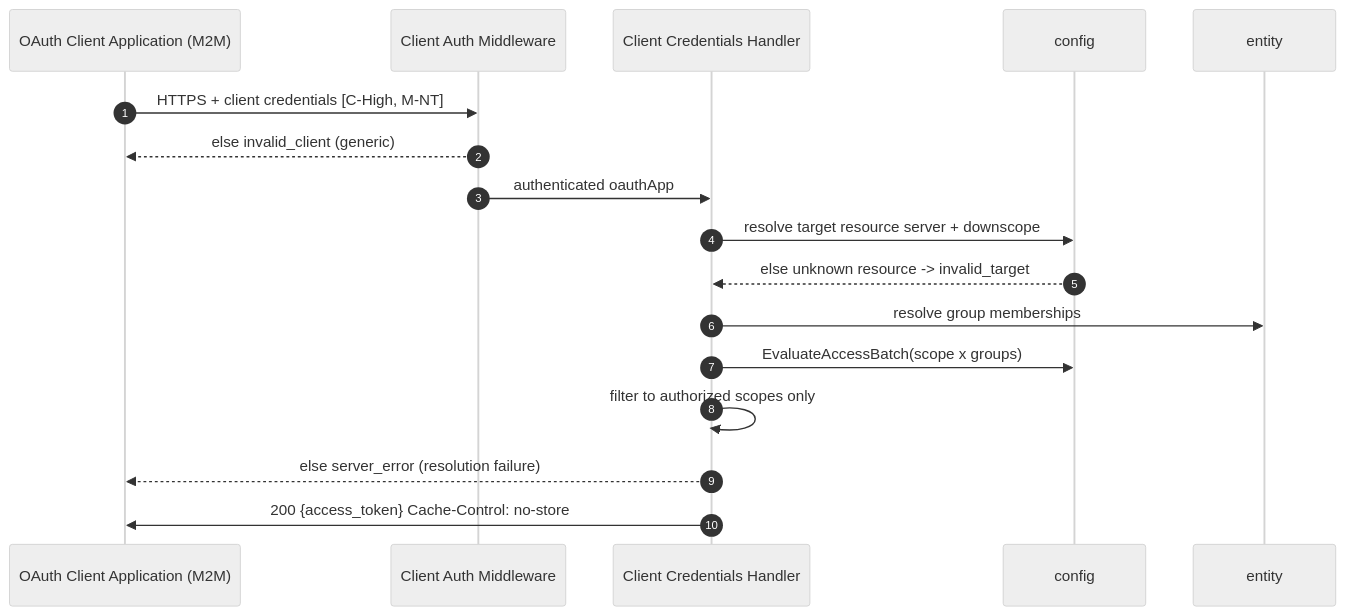
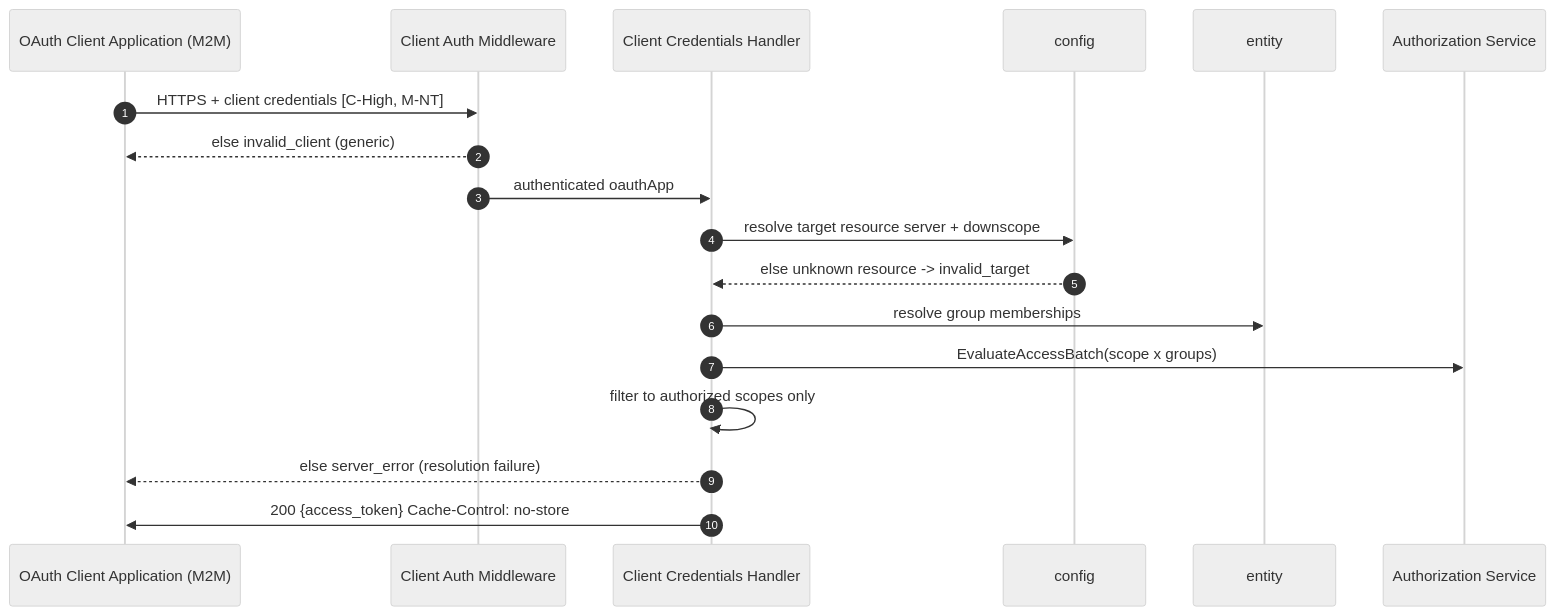
One commit to thiva-k/thunder changed the fourth of 5 diagrams in docs-internals/oauth/authorization-and-core-grants.md. Above: the diagram before and after it, drawn with Mermaid (neutral theme). The commit also changed other lines of this file, not shown here.

````diff
--- a/docs-internals/oauth/authorization-and-core-grants.md
+++ b/docs-internals/oauth/authorization-and-core-grants.md
@@ -305,20 +305,21 @@
 ```mermaid
 sequenceDiagram
   autonumber
   participant APP as OAuth Client Application (M2M)
   participant CLIAUTH as Client Auth Middleware
   participant CCGH as Client Credentials Handler
   participant CONFIGDB as config
   participant ENTITYDB as entity
+  participant AUTHZSVC as Authorization Service
 
   APP->>CLIAUTH: HTTPS + client credentials [C-High, M-NT]
   CLIAUTH-->>APP: else invalid_client (generic)
   CLIAUTH->>CCGH: authenticated oauthApp
   CCGH->>CONFIGDB: resolve target resource server + downscope
   CONFIGDB-->>CCGH: else unknown resource -> invalid_target
   CCGH->>ENTITYDB: resolve group memberships
-  CCGH->>CONFIGDB: EvaluateAccessBatch(scope x groups)
+  CCGH->>AUTHZSVC: EvaluateAccessBatch(scope x groups)
   CCGH->>CCGH: filter to authorized scopes only
   CCGH-->>APP: else server_error (resolution failure)
   CCGH->>APP: 200 {access_token} Cache-Control: no-store
 ```
````
